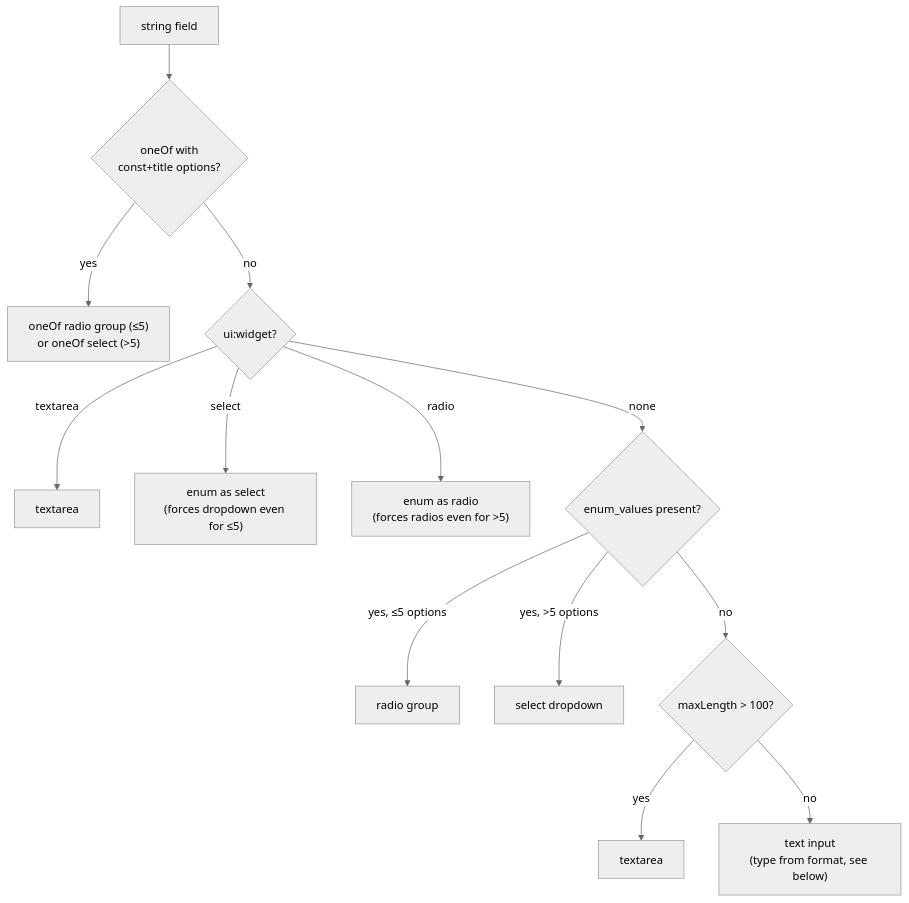
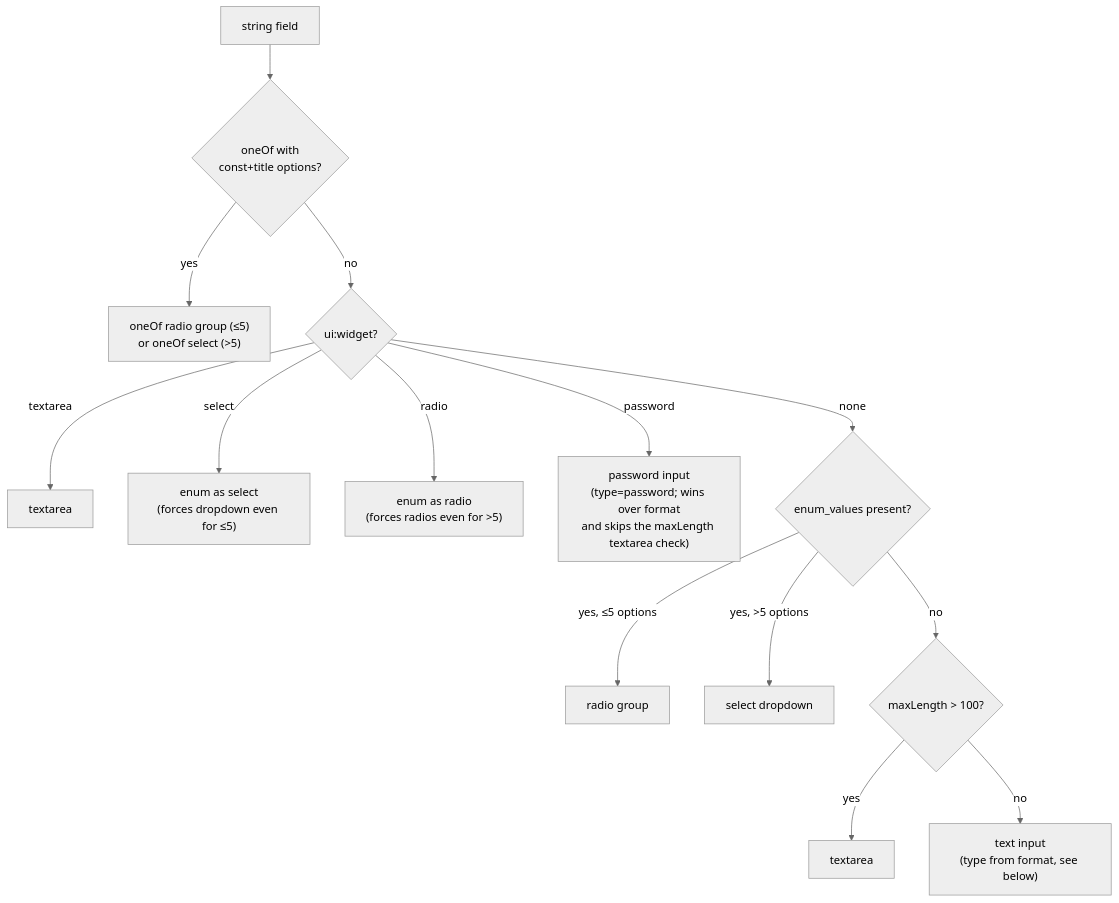
The second of 2 diagrams in docs/reference/widgets.md (radionest/gleam_formosh), drawn with Mermaid (neutral theme) before and after one commit. The commit also changed other lines of this file and 8 other files, not shown here.

````diff
--- a/docs/reference/widgets.md
+++ b/docs/reference/widgets.md
@@ -65,15 +65,16 @@
 ```mermaid
 flowchart TD
     S["string field"] --> OO{"oneOf with<br/>const+title options?"}
     OO -- "yes" --> OOW["oneOf radio group (≤5)<br/>or oneOf select (>5)"]
     OO -- "no" --> UW{"ui:widget?"}
     UW -- "textarea" --> TA["textarea"]
     UW -- "select" --> SEL["enum as select<br/>(forces dropdown even for ≤5)"]
     UW -- "radio" --> RAD["enum as radio<br/>(forces radios even for >5)"]
+    UW -- "password" --> PW["password input<br/>(type=password; wins over format<br/>and skips the maxLength textarea check)"]
     UW -- "none" --> EV{"enum_values present?"}
     EV -- "yes, ≤5 options" --> R5["radio group"]
     EV -- "yes, >5 options" --> S5["select dropdown"]
     EV -- "no" --> ML{"maxLength > 100?"}
     ML -- "yes" --> TA2["textarea"]
     ML -- "no" --> TXT["text input<br/>(type from format, see below)"]
 ```
````
